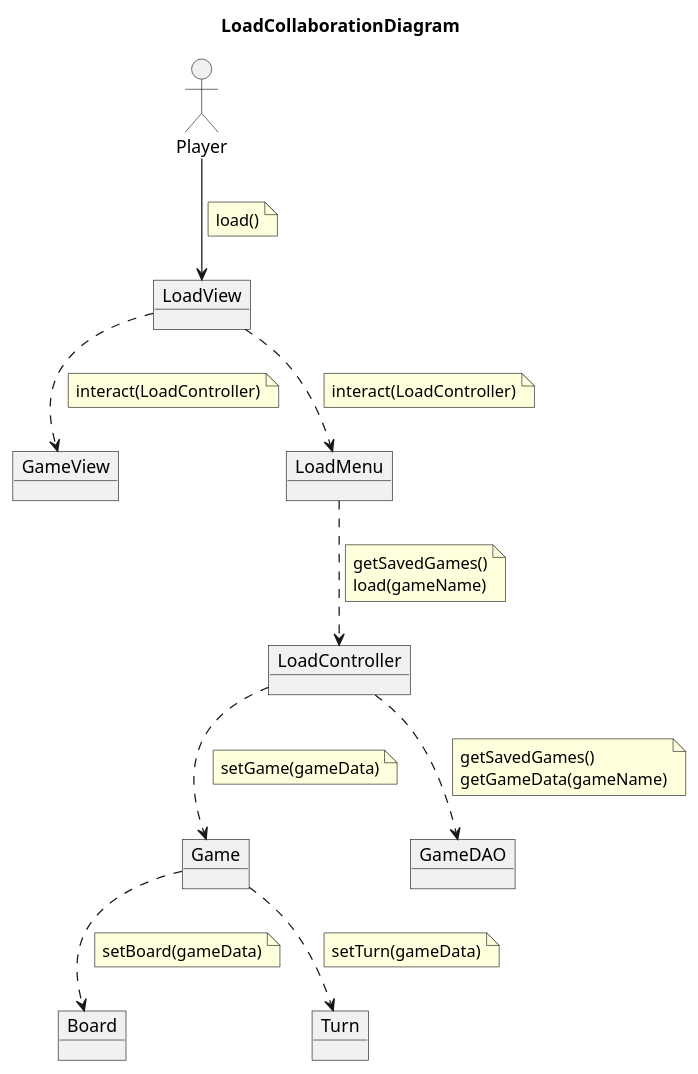
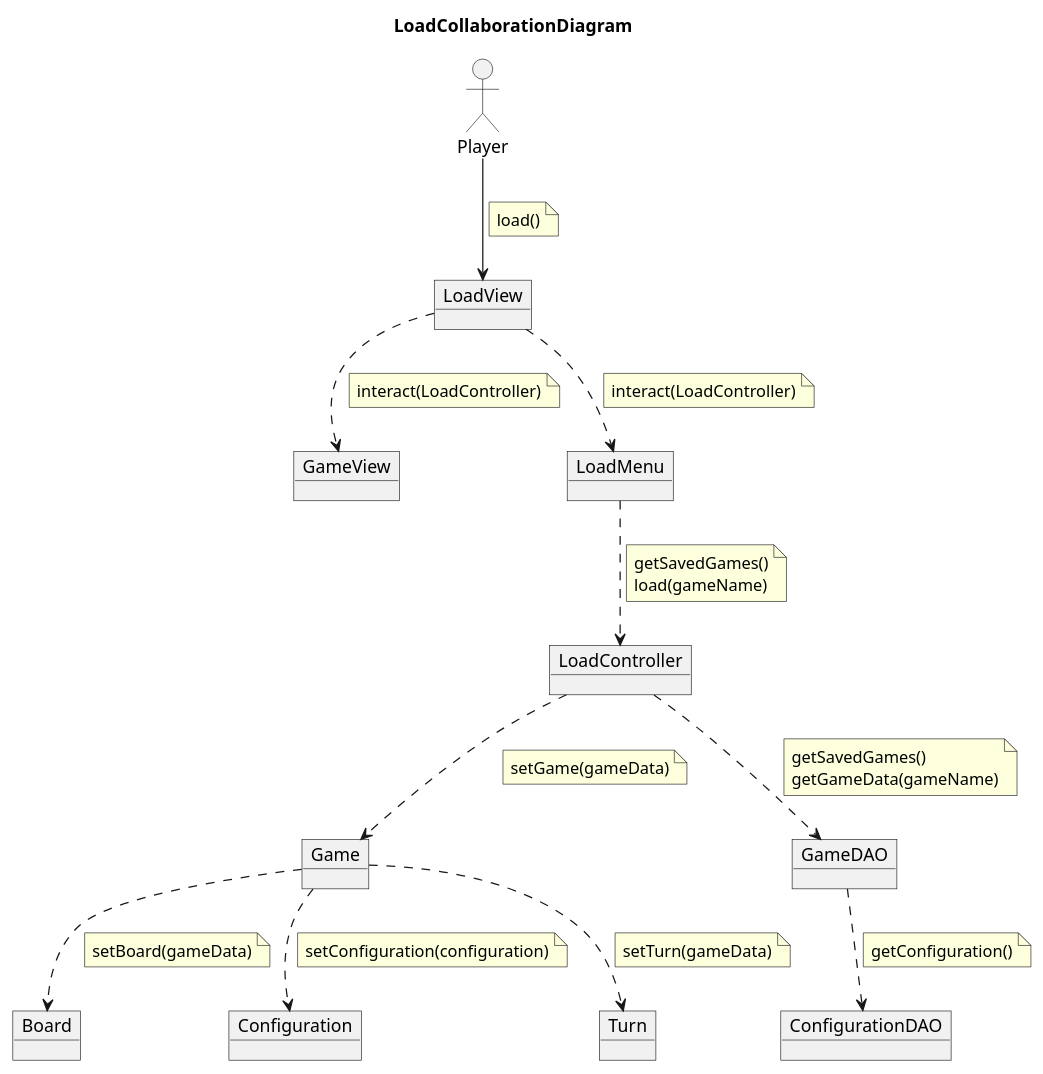
One commit to Master-Desarrollo-20-21/patrones-diseno---practica-final---juego-de-las-damas-fraylopez changed the diagram in docs/src/analysis/use-cases/load-colab.plantuml. Above: the diagram before and after it, drawn with PlantUML. The commit also changed 22 other files, not shown here.

```diff
--- a/docs/src/analysis/use-cases/load-colab.plantuml
+++ b/docs/src/analysis/use-cases/load-colab.plantuml
@@ -1,52 +1,62 @@
 @startuml LoadCollaborationDiagram
 title LoadCollaborationDiagram
 allow_mixing
 
 actor Player
 object LoadController
 
 object Board
 object Game
+object Configuration
 object Turn
 object GameView
 object LoadView
 object LoadMenu
 object GameDAO
+object ConfigurationDAO
 
 Player --> LoadView
 note on link
     load()
 end note
 LoadView ..> LoadMenu
 note on link
     interact(LoadController)
 end note
 LoadView ..> GameView
 note on link
     interact(LoadController)
 end note
 LoadMenu ..> LoadController
 note on link
     getSavedGames()
     load(gameName)
 end note
 
 LoadController ..> GameDAO
 note on link
     getSavedGames()
     getGameData(gameName)
 end note
+GameDAO ..> ConfigurationDAO
+note on link
+    getConfiguration()
+end note
 LoadController ..> Game
 note on link
     setGame(gameData)
 end note
 Game ..> Turn
 note on link
     setTurn(gameData)
 end note
 Game ..> Board
 note on link
     setBoard(gameData)
 end note
+Game ..> Configuration
+note on link
+    setConfiguration(configuration)
+end note
 
 @enduml
```
